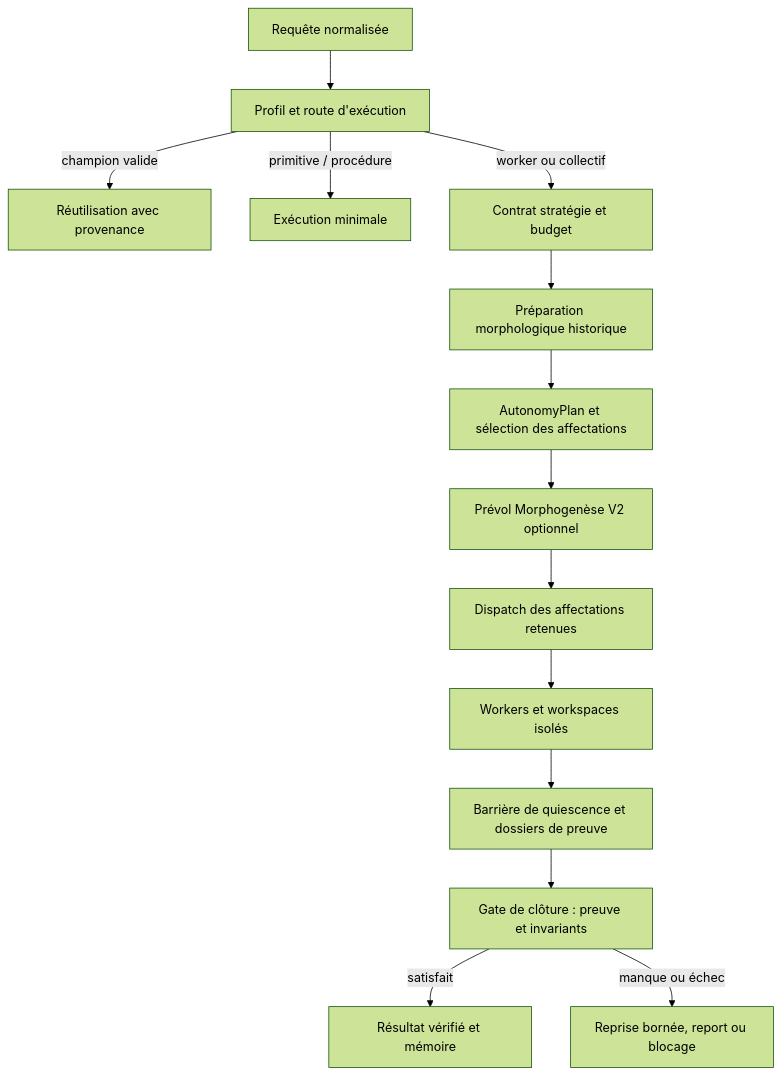
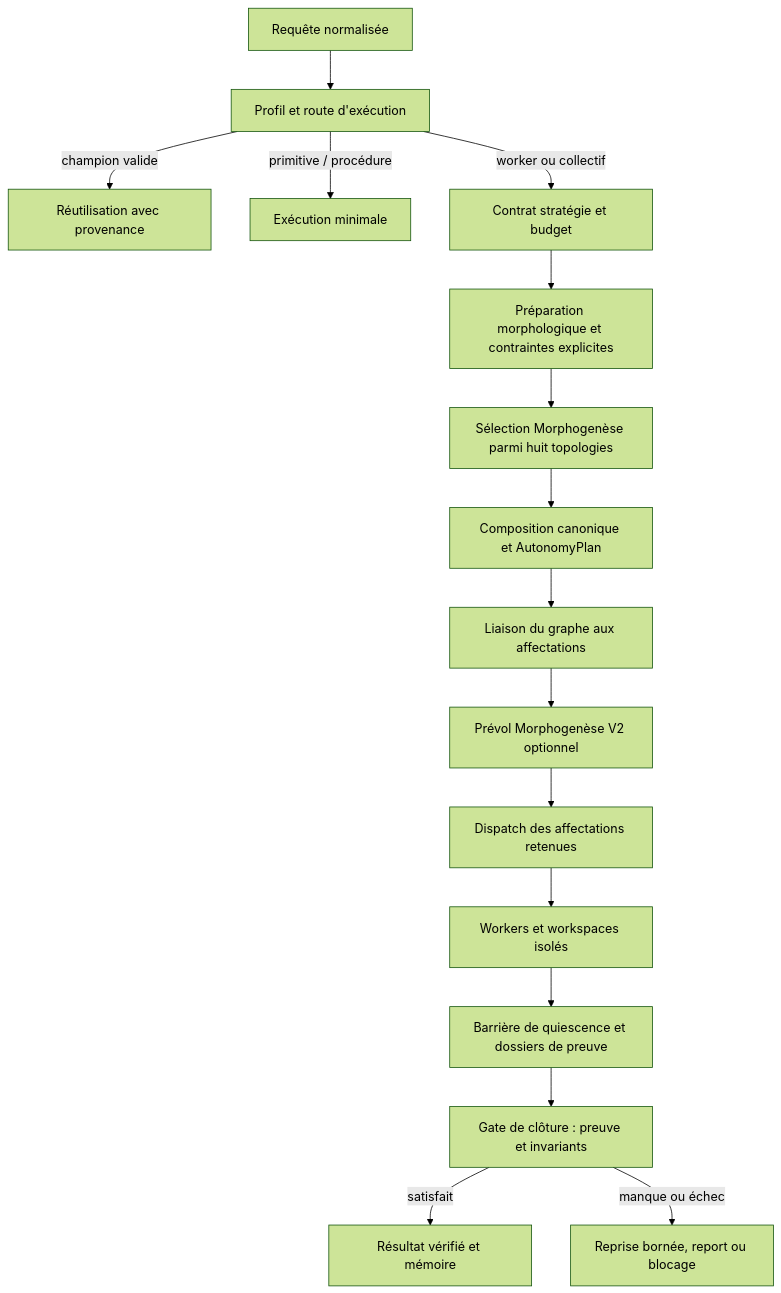
One commit to PISSARAW/GenOS changed the first of 6 diagrams in docs/02-orchestration/orchestration.md. Above: the diagram before and after it, drawn with Mermaid (forest theme). The commit also changed other lines of this file and 7 other files, not shown here.

````diff
--- a/docs/02-orchestration/orchestration.md
+++ b/docs/02-orchestration/orchestration.md
@@ -38,16 +40,18 @@
 ```mermaid
 flowchart TD
     REQ[Requête normalisée] --> ROUTE[Profil et route d'exécution]
     ROUTE -->|champion valide| REUSE[Réutilisation avec provenance]
     ROUTE -->|primitive / procédure| DIRECT[Exécution minimale]
     ROUTE -->|worker ou collectif| CONTRACT[Contrat stratégie et budget]
-    CONTRACT --> LEGACY[Préparation morphologique historique]
-    LEGACY --> PLAN[AutonomyPlan et sélection des affectations]
-    PLAN --> SHADOW[Prévol Morphogenèse V2 optionnel]
+    CONTRACT --> PREP[Préparation morphologique et contraintes explicites]
+    PREP --> SELECT[Sélection Morphogenèse parmi huit topologies]
+    SELECT --> PLAN[Composition canonique et AutonomyPlan]
+    PLAN --> BIND[Liaison du graphe aux affectations]
+    BIND --> SHADOW[Prévol Morphogenèse V2 optionnel]
     SHADOW --> DISPATCH[Dispatch des affectations retenues]
     DISPATCH --> WORK[Workers et workspaces isolés]
     WORK --> EVIDENCE[Barrière de quiescence et dossiers de preuve]
     EVIDENCE --> GATE[Gate de clôture : preuve et invariants]
     GATE -->|satisfait| STORE[Résultat vérifié et mémoire]
     GATE -->|manque ou échec| RECOVER[Reprise bornée, report ou blocage]
 ```
````
